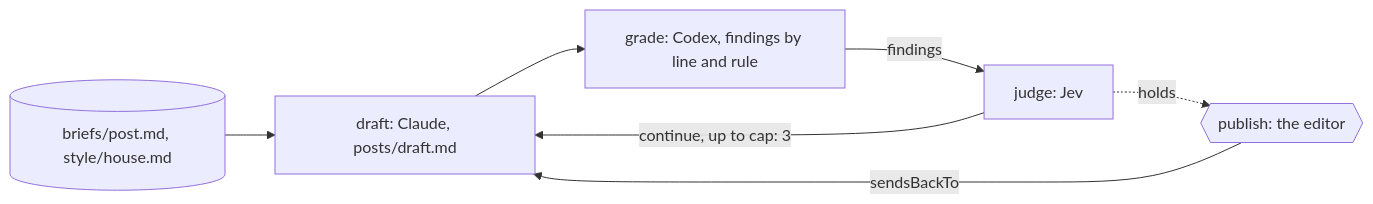
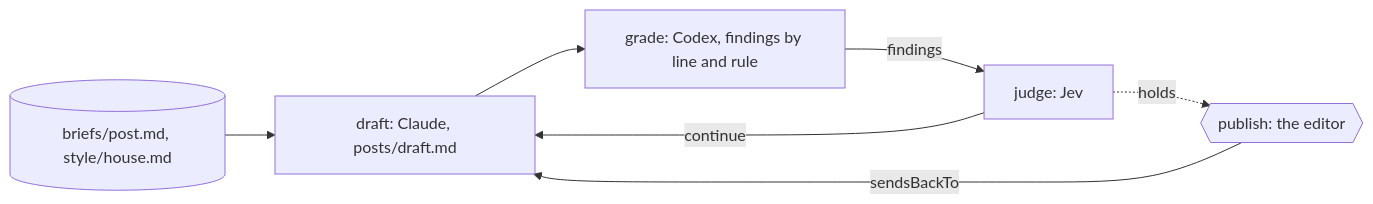
Before and after one commit to jonny981/obversa: the diagram in docs/public/workflows/editorial/writer-grader-cap.mdx, drawn with Mermaid. The commit also changed other lines of this file and 44 other files, not shown here.

````diff
--- a/docs/public/workflows/editorial/writer-grader-cap.mdx
+++ b/docs/public/workflows/editorial/writer-grader-cap.mdx
@@ -378,9 +377,9 @@
 ```mermaid
 flowchart LR
   brief[("briefs/post.md, style/house.md")] --> draft["draft: Claude, posts/draft.md"]
   draft --> grade["grade: Codex, findings by line and rule"]
   grade -->|findings| judge["judge: Jev"]
-  judge -->|"continue, up to cap: 3"| draft
+  judge -->|continue| draft
   judge -.->|holds| publish{{"publish: the editor"}}
   publish -->|sendsBackTo| draft
 ```
````
